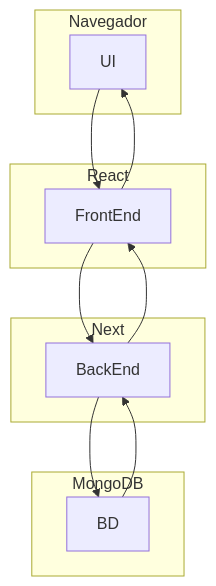
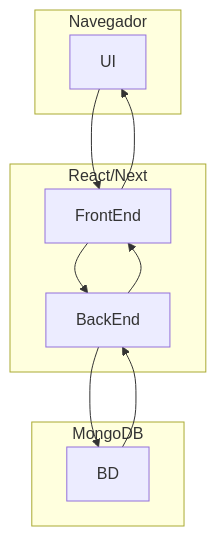
Before and after one commit to Diogotb/CursoFrontEndSesiTA: the diagram in Frameworks/React/hello-world/README.md, drawn with Mermaid.

````diff
--- a/Frameworks/React/hello-world/README.md
+++ b/Frameworks/React/hello-world/README.md
@@ -3,28 +3,25 @@
 ```mermaid
 
 graph TD
     subgraph Interface["Navegador"]
         UI
     end
 
-    subgraph Front["React"]
+    subgraph Front/Back["React/Next"]
         FrontEnd
-    end
-
-    subgraph Back["Next"]
         BackEnd
     end
 
     subgraph Banco["MongoDB"]
         BD
     end
 
     %%fluxo
     UI-->FrontEnd
     FrontEnd-->BackEnd
     BackEnd-->BD
     BD-->BackEnd
     BackEnd-->FrontEnd
     FrontEnd-->UI
 
 ```
````
